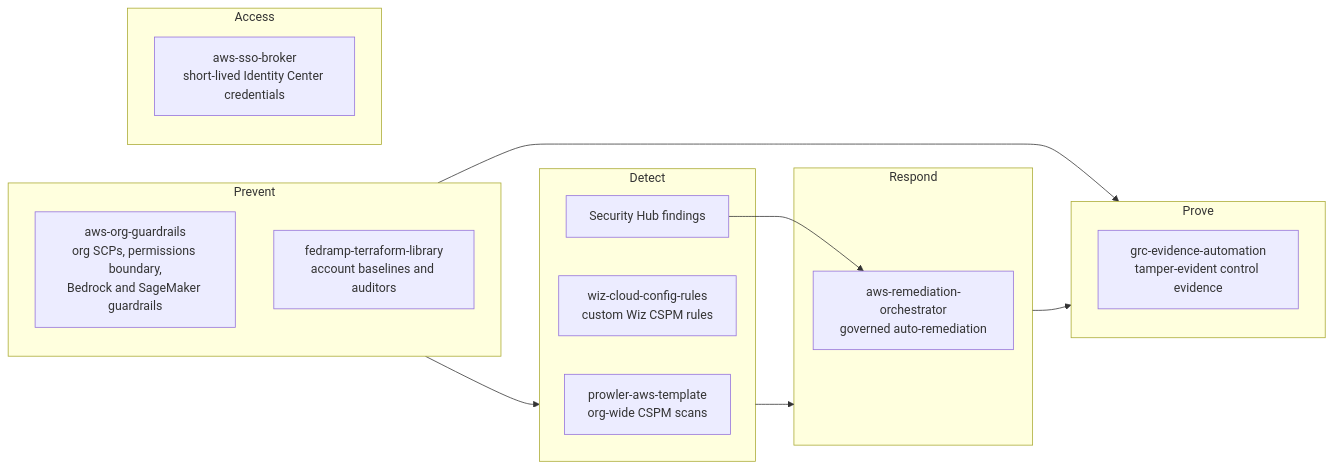
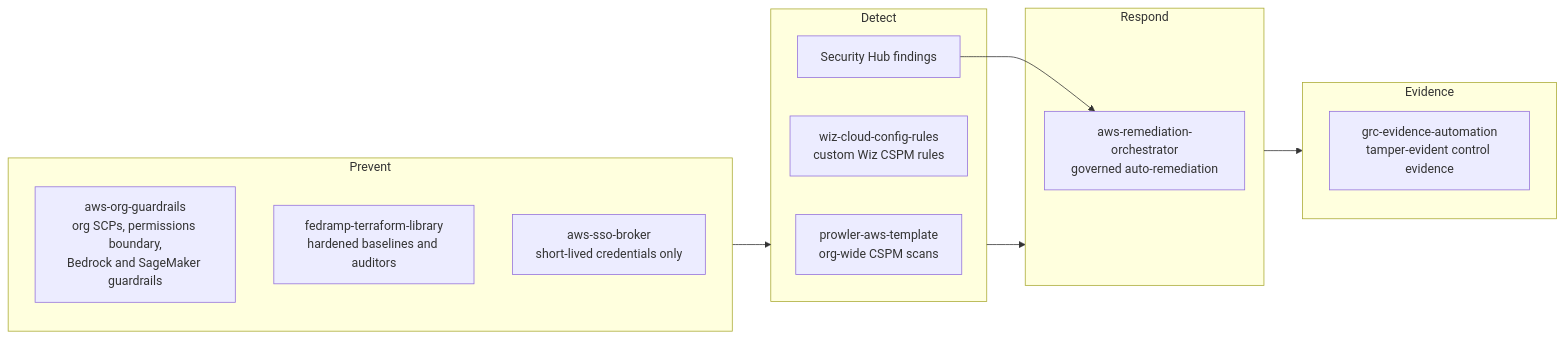
Before and after one commit to DustyStudy/DustyStudy: the diagram in README.md, drawn with Mermaid. The commit also changed other lines of this file, not shown here.

````diff
--- a/README.md
+++ b/README.md
@@ -19,25 +29,22 @@
 ```mermaid
 flowchart LR
   subgraph prevent["Prevent"]
     org["aws-org-guardrails<br/>org SCPs, permissions boundary,<br/>Bedrock and SageMaker guardrails"]
-    lib["fedramp-terraform-library<br/>account baselines and auditors"]
-  end
-  subgraph access["Access"]
-    sso["aws-sso-broker<br/>short-lived Identity Center credentials"]
+    lib["fedramp-terraform-library<br/>hardened baselines and auditors"]
+    sso["aws-sso-broker<br/>short-lived credentials only"]
   end
   subgraph detect["Detect"]
     prowler["prowler-aws-template<br/>org-wide CSPM scans"]
     wiz["wiz-cloud-config-rules<br/>custom Wiz CSPM rules"]
     sh["Security Hub findings"]
   end
   subgraph respond["Respond"]
     rem["aws-remediation-orchestrator<br/>governed auto-remediation"]
   end
-  subgraph prove["Prove"]
+  subgraph prove["Evidence"]
     grc["grc-evidence-automation<br/>tamper-evident control evidence"]
   end
   prevent --> detect --> respond
   sh --> rem
-  prevent --> prove
   respond --> prove
 ```
````
